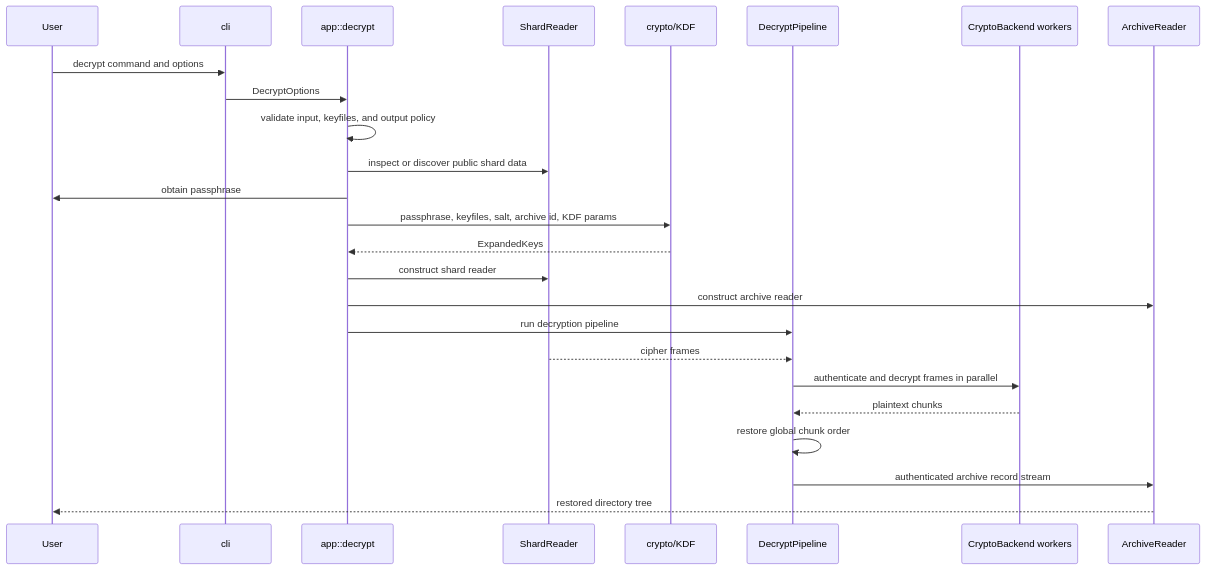
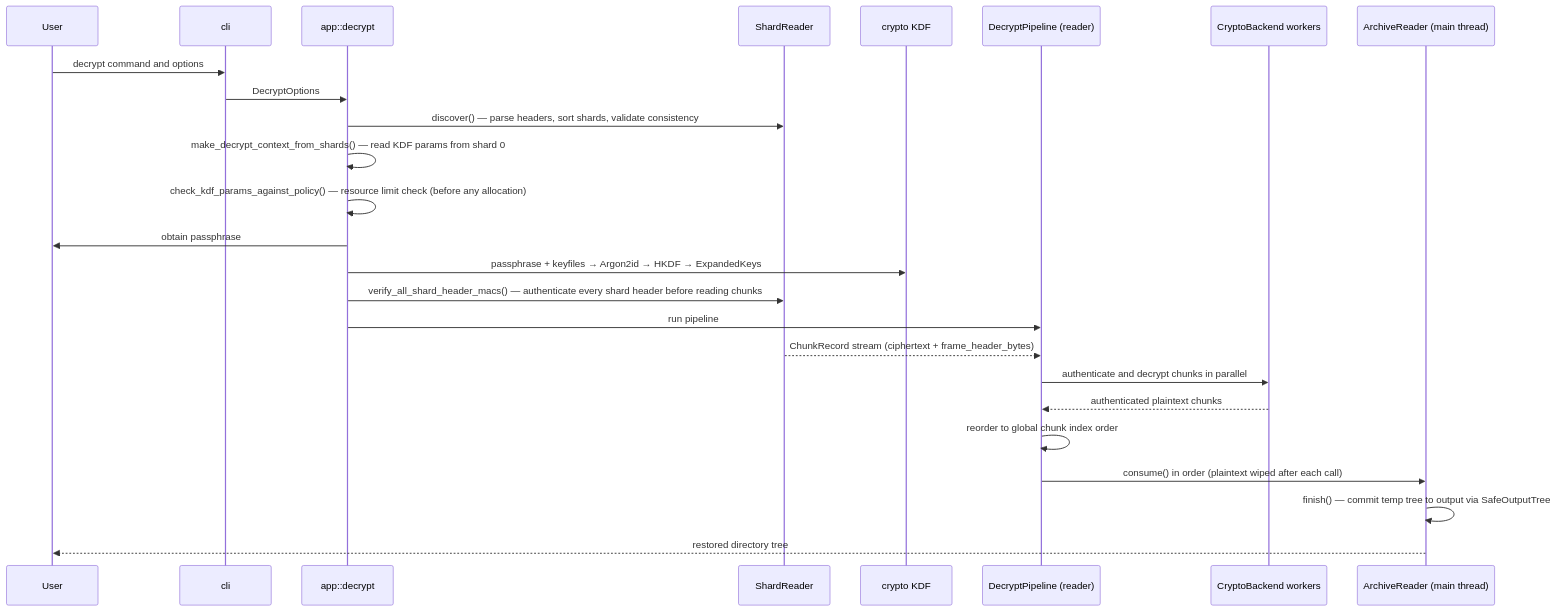
Before and after one commit to gellistvan/bseal-cpp-0: the fifth of 5 diagrams in docs/HIGH_LEVEL_DESIGN.md, drawn with Mermaid. The commit also changed other lines of this file, not shown here.

````diff
--- a/docs/HIGH_LEVEL_DESIGN.md
+++ b/docs/HIGH_LEVEL_DESIGN.md
@@ -463,28 +617,28 @@
 ```mermaid
 sequenceDiagram
     participant User
     participant CLI as cli
     participant App as app::decrypt
     participant SR as ShardReader
-    participant KDF as crypto/KDF
-    participant DP as DecryptPipeline
+    participant KDF as crypto KDF
+    participant DP as DecryptPipeline (reader)
     participant BE as CryptoBackend workers
-    participant AR as ArchiveReader
+    participant AR as ArchiveReader (main thread)
 
     User->>CLI: decrypt command and options
     CLI->>App: DecryptOptions
-    App->>App: validate input, keyfiles, and output policy
-    App->>SR: inspect or discover public shard data
+    App->>SR: discover() — parse headers, sort shards, validate consistency
+    App->>App: make_decrypt_context_from_shards() — read KDF params from shard 0
+    App->>App: check_kdf_params_against_policy() — resource limit check (before any allocation)
     App->>User: obtain passphrase
-    App->>KDF: passphrase, keyfiles, salt, archive id, KDF params
-    KDF-->>App: ExpandedKeys
-    App->>SR: construct shard reader
-    App->>AR: construct archive reader
-    App->>DP: run decryption pipeline
-    SR-->>DP: cipher frames
-    DP->>BE: authenticate and decrypt frames in parallel
-    BE-->>DP: plaintext chunks
-    DP->>DP: restore global chunk order
-    DP->>AR: authenticated archive record stream
+    App->>KDF: passphrase + keyfiles → Argon2id → HKDF → ExpandedKeys
+    App->>SR: verify_all_shard_header_macs() — authenticate every shard header before reading chunks
+    App->>DP: run pipeline
+    SR-->>DP: ChunkRecord stream (ciphertext + frame_header_bytes)
+    DP->>BE: authenticate and decrypt chunks in parallel
+    BE-->>DP: authenticated plaintext chunks
+    DP->>DP: reorder to global chunk index order
+    DP->>AR: consume() in order (plaintext wiped after each call)
+    AR->>AR: finish() — commit temp tree to output via SafeOutputTree
     AR-->>User: restored directory tree
 ```
````
